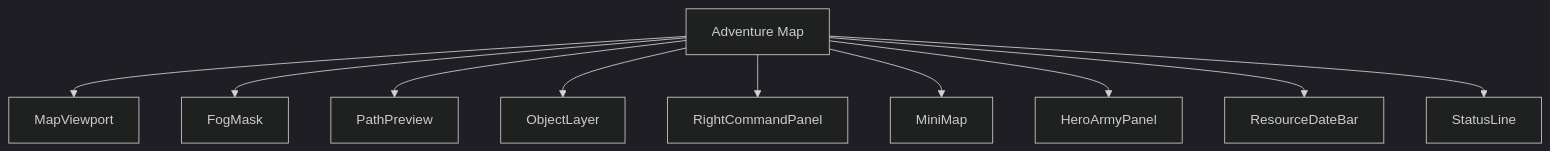
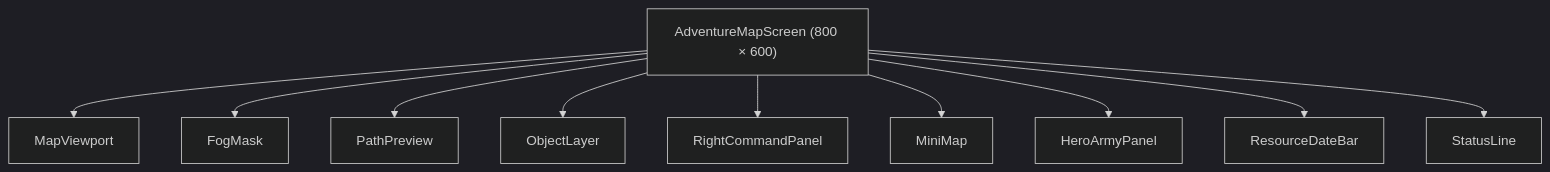
One commit to SunaNoOshiro/Heroes_Reforged_AI_Realms changed the first of 5 diagrams in docs/architecture/wiki/screens/07-adventure-map/architecture.md. Above: the diagram before and after it, drawn with Mermaid (dark theme). The commit also changed other lines of this file and 518 other files, not shown here.

First line of the commit message:
Add doc-audit skill and sweep architecture/screen docs

````diff
--- a/docs/architecture/wiki/screens/07-adventure-map/architecture.md
+++ b/docs/architecture/wiki/screens/07-adventure-map/architecture.md
@@ -16,22 +28,13 @@
 ```mermaid
 flowchart TD
-  Root["Adventure Map"]
-  C0["MapViewport"]
-  Root --> C0
-  C1["FogMask"]
-  Root --> C1
-  C2["PathPreview"]
-  Root --> C2
-  C3["ObjectLayer"]
-  Root --> C3
-  C4["RightCommandPanel"]
-  Root --> C4
-  C5["MiniMap"]
-  Root --> C5
-  C6["HeroArmyPanel"]
-  Root --> C6
-  C7["ResourceDateBar"]
-  Root --> C7
-  C8["StatusLine"]
-  Root --> C8
+  Root["AdventureMapScreen (800 × 600)"]
+  Root --> C0["MapViewport"]
+  Root --> C1["FogMask"]
+  Root --> C2["PathPreview"]
+  Root --> C3["ObjectLayer"]
+  Root --> C4["RightCommandPanel"]
+  Root --> C5["MiniMap"]
+  Root --> C6["HeroArmyPanel"]
+  Root --> C7["ResourceDateBar"]
+  Root --> C8["StatusLine"]
 ```
````
